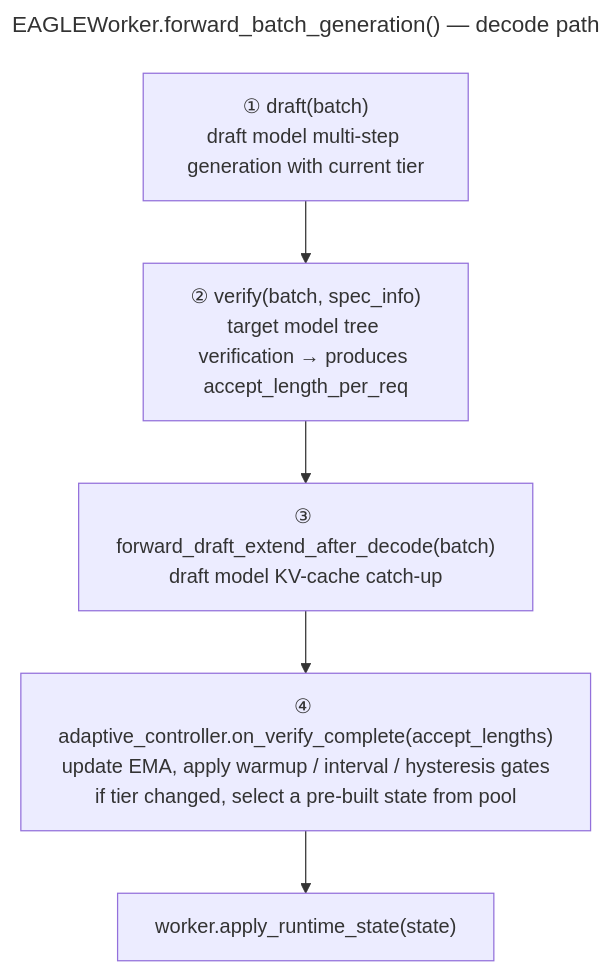
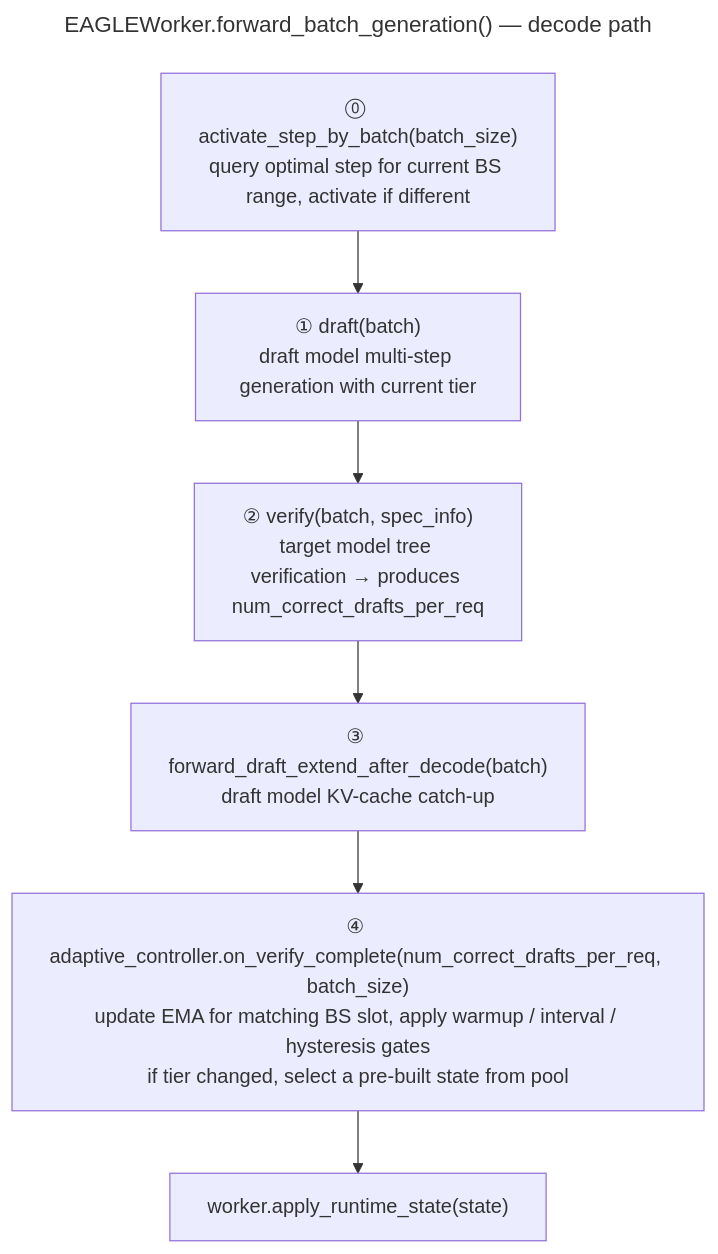
The second of 2 diagrams in docs_new/docs/advanced_features/adaptive_speculative_decoding.mdx (sgl-project/sglang), drawn with Mermaid before and after one commit. The commit also changed other lines of this file and 5135 other files, not shown here.

````diff
--- a/docs_new/docs/advanced_features/adaptive_speculative_decoding.mdx
+++ b/docs_new/docs/advanced_features/adaptive_speculative_decoding.mdx
@@ -66,12 +74,13 @@
 ```mermaid
 ---
 title: "EAGLEWorker.forward_batch_generation() — decode path"
 ---
 flowchart TD
+  Z["⓪ activate_step_by_batch(batch_size)<br/>query optimal step for current BS range, activate if different"]
   A["① draft(batch)<br/>draft model multi-step generation with current tier"]
-  B["② verify(batch, spec_info)<br/>target model tree verification → produces accept_length_per_req"]
+  B["② verify(batch, spec_info)<br/>target model tree verification → produces num_correct_drafts_per_req"]
   C["③ forward_draft_extend_after_decode(batch)<br/>draft model KV-cache catch-up"]
-  D["④ adaptive_controller.on_verify_complete(accept_lengths)<br/>update EMA, apply warmup / interval / hysteresis gates<br/>if tier changed, select a pre-built state from pool"]
+  D["④ adaptive_controller.on_verify_complete(num_correct_drafts_per_req, batch_size)<br/>update EMA for matching BS slot, apply warmup / interval / hysteresis gates<br/>if tier changed, select a pre-built state from pool"]
   E["worker.apply_runtime_state(state)"]
-  A --> B --> C --> D --> E
+  Z --> A --> B --> C --> D --> E
 ```
````
